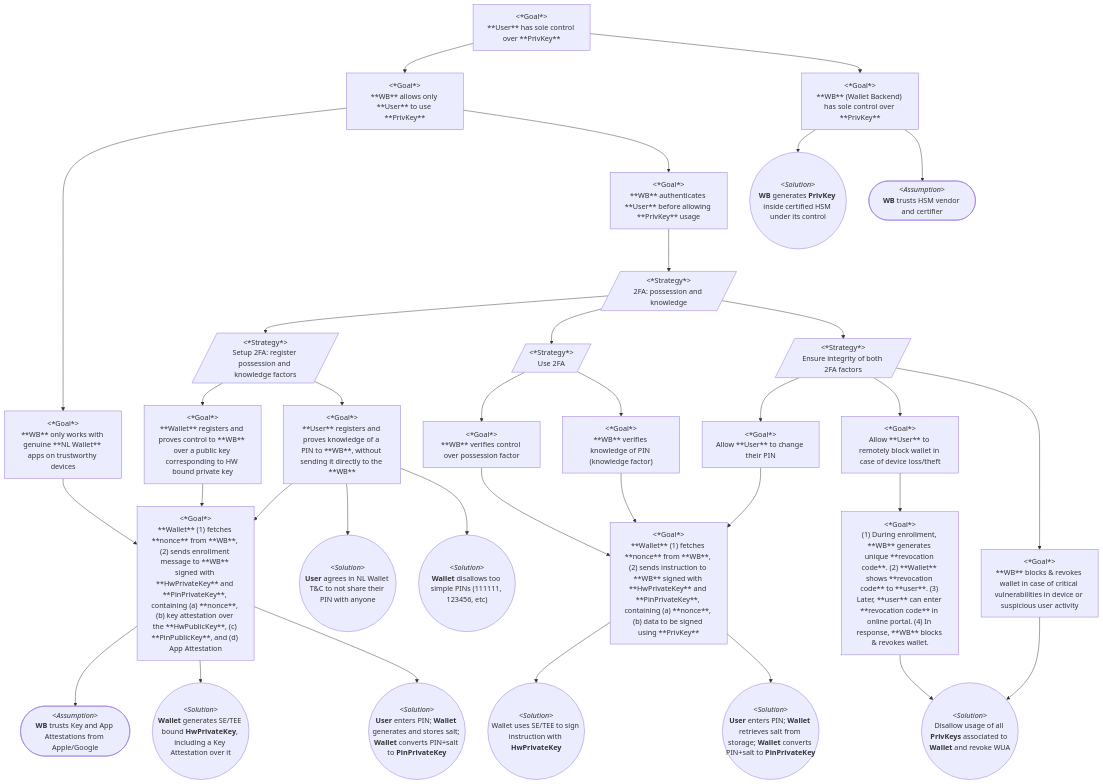
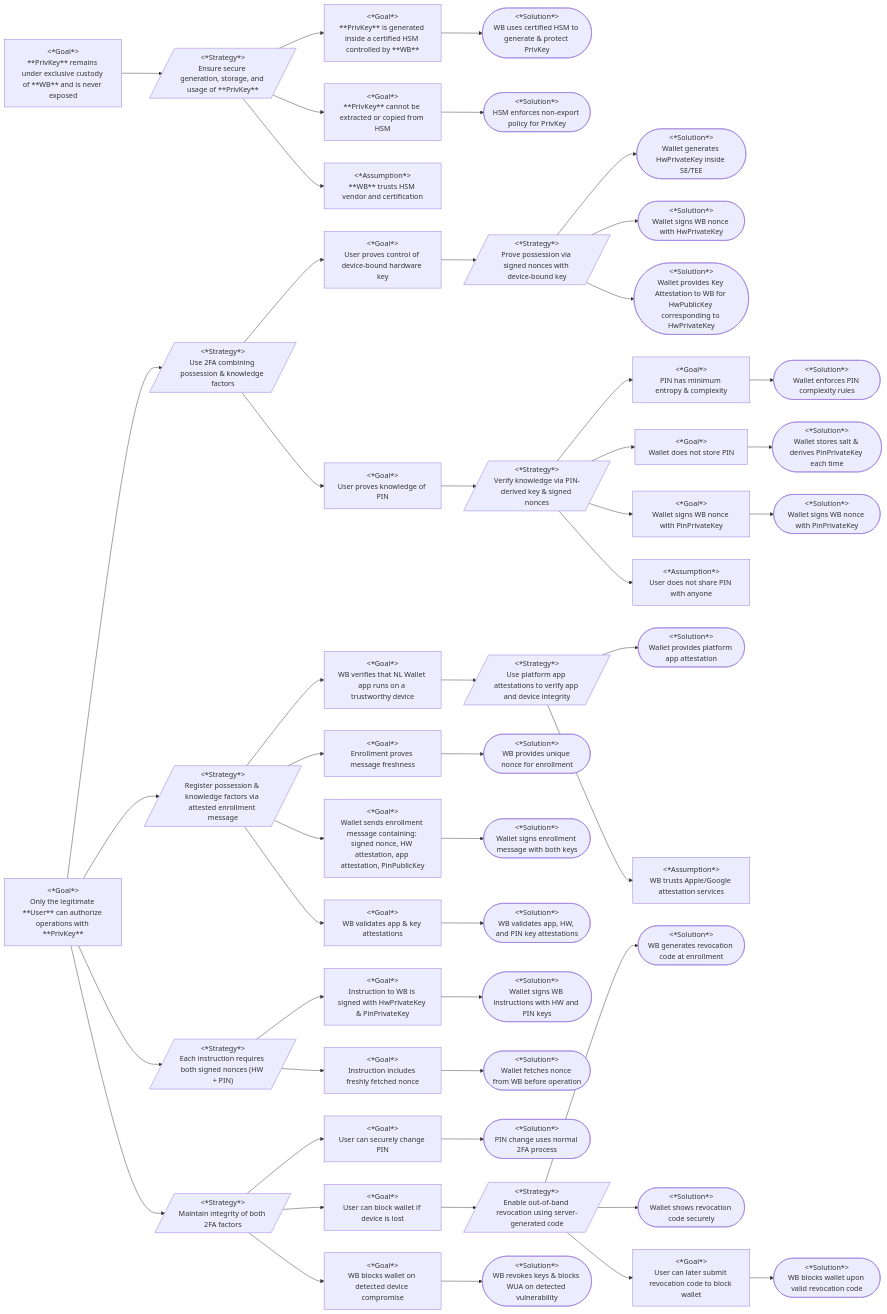
The diagram in wallet_docs/architecture/sole-control-gsn.md (MinBZK/nl-wallet), drawn with Mermaid before and after one commit.

Commit message:
Various improvements to sole control GSN

````diff
--- a/wallet_docs/architecture/sole-control-gsn.md
+++ b/wallet_docs/architecture/sole-control-gsn.md
@@ -1,93 +1,170 @@
 ```mermaid
-flowchart TD
-    SoleControl["&lt;*Goal*&gt;<br>**User** has sole control over **PrivKey**"]
-    
-    WBAllowsUserControl["&lt;*Goal*&gt;<br>**WB** allows only **User** to use **PrivKey**"]
-    SoleControl --> WBAllowsUserControl
-    
-    WBAllowsUserControl --> WBChecksDevice["&lt;*Goal*&gt;<br>**WB** only works with genuine **NL Wallet** apps on trustworthy devices"]
+flowchart LR
+ 
+%% =======================
+%% TOP-LEVEL SYSTEM GOALS
+%% =======================
+ 
+G_UserAuthorization["<*Goal*><br>Only the legitimate **User** can authorize operations with **PrivKey**"]
+G_KeyCustody["<*Goal*><br>**PrivKey** remains under exclusive custody of **WB** and is never exposed"]
+ 
+%% Link top-level
+G_UserAuthorization --> S_UserAuthorization
+G_KeyCustody --> S_KeyCustody
+ 
+%% =======================
+%% KEY CUSTODY ARGUMENT
+%% =======================
+ 
+S_KeyCustody[/"<*Strategy*><br>Ensure secure generation, storage, and usage of **PrivKey**"/]
+ 
+G_KeyGenHSM["<*Goal*><br>**PrivKey** is generated inside a certified HSM controlled by **WB**"]
+G_PrivKeyNonExport["<*Goal*><br>**PrivKey** cannot be extracted or copied from HSM"]
+G_TrustedHSMVendor["<*Assumption*><br>**WB** trusts HSM vendor and certification"]
+ 
+S_KeyCustody --> G_KeyGenHSM
+S_KeyCustody --> G_PrivKeyNonExport
+S_KeyCustody --> G_TrustedHSMVendor
+ 
+Sol_HSM(["<*Solution*><br>WB uses certified HSM to generate & protect PrivKey"])
+G_KeyGenHSM --> Sol_HSM
+ 
+Sol_HSM_NonExport(["<*Solution*><br>HSM enforces non-export policy for PrivKey"])
+G_PrivKeyNonExport --> Sol_HSM_NonExport
+ 
+%% =======================
+%% USER AUTHORIZATION
+%% =======================
+ 
+S_UserAuthorization[/"<*Strategy*><br>Use 2FA combining possession & knowledge factors"/]
+ 
+G_PossessionFactor["<*Goal*><br>User proves control of device-bound hardware key"]
+G_KnowledgeFactor["<*Goal*><br>User proves knowledge of PIN"]
+G_DeviceIntegrity["<*Goal*><br>WB verifies that NL Wallet app runs on a trustworthy device"]
+ 
+S_UserAuthorization --> G_PossessionFactor
+S_UserAuthorization --> G_KnowledgeFactor
+ 
+%% =======================
+%% DEVICE INTEGRITY
+%% =======================
+ 
+S_DeviceIntegrity[/"<*Strategy*><br>Use platform app attestations to verify app and device integrity"/]
+G_DeviceIntegrity --> S_DeviceIntegrity
+ 
+S_DeviceIntegrity --> Sol_AppAttest
+S_DeviceIntegrity --> A_AttestationTrust["<*Assumption*><br>WB trusts Apple/Google attestation services"]
 
-    WBAuthenticatesUser["&lt;*Goal*&gt;<br>**WB** authenticates **User** before allowing **PrivKey** usage"]
-    WBAllowsUserControl --> WBAuthenticatesUser
+Sol_AppAttest(["<*Solution*><br>Wallet provides platform app attestation"])
+ 
+ 
+%% =======================
+%% POSSESSION FACTOR
+%% =======================
+ 
+S_Possession[/"<*Strategy*><br>Prove possession via signed nonces with device-bound key"/]
+G_PossessionFactor --> S_Possession
+ 
+S_Possession --> Sol_HWKeyGeneration(["<*Solution*><br>Wallet generates HwPrivateKey inside SE/TEE"])
+S_Possession --> Sol_SignedNonce_HW(["<*Solution*><br>Wallet signs WB nonce with HwPrivateKey"])
+S_Possession --> Sol_KeyAttestation(["<*Solution*><br>Wallet provides Key Attestation to WB for HwPublicKey corresponding to HwPrivateKey"])
+ 
+%% =======================
+%% KNOWLEDGE FACTOR
+%% =======================
+ 
+S_PIN[/"<*Strategy*><br>Verify knowledge via PIN-derived key & signed nonces"/]
+G_KnowledgeFactor --> S_PIN
+ 
+G_PINStrength["<*Goal*><br>PIN has minimum entropy & complexity"]
+G_PINDerivation["<*Goal*><br>Wallet does not store PIN"]
+G_SignedNonce_PIN["<*Goal*><br>Wallet signs WB nonce with PinPrivateKey"]
 
-    UserAuthStrategy[/"&lt;*Strategy*&gt;<br>2FA: possession and knowledge"/]
-    WBAuthenticatesUser --> UserAuthStrategy
+S_PIN --> G_PINStrength
+S_PIN --> G_PINDerivation
+S_PIN --> G_SignedNonce_PIN
 
-    WBSoleControl["&lt;*Goal*&gt;<br>**WB** (Wallet Backend) has sole control over **PrivKey**"]
-    SoleControl --> WBSoleControl
+G_PINStrength --> Sol_PINComplexity(["<*Solution*><br>Wallet enforces PIN complexity rules"])
+G_PINDerivation --> Sol_PINKeyDerive(["<*Solution*><br>Wallet stores salt & derives PinPrivateKey each time"])
+G_SignedNonce_PIN --> Sol_SignPINNonce(["<*Solution*><br>Wallet signs WB nonce with PinPrivateKey"])
 
-    WBusesHSM@{shape: circle, label: "&lt;*Solution*&gt;<br>**WB** generates **PrivKey** inside certified HSM under its control"}
-    WBSoleControl --> WBusesHSM
-
-    TrustHSMCertififier@{shape: stadium, label: "&lt;*Assumption*&gt;<br>**WB** trusts HSM vendor and certifier"}
-    WBSoleControl --> TrustHSMCertififier
-
-    %%%%
-
-    Setup2FA[/"&lt;*Strategy*&gt;<br>Setup 2FA: register possession and knowledge factors"/]
-    UserAuthStrategy --> Setup2FA
-
-    SetupPossessionFactor["&lt;*Goal*&gt;<br>**Wallet** registers and proves control to **WB** over a public key corresponding to HW bound private key"]
-    Setup2FA --> SetupPossessionFactor
-
-    SetupKnowledgeFactor["&lt;*Goal*&gt;<br>**User** registers and proves knowledge of a PIN to **WB**, without sending it directly to the **WB**"]
-    Setup2FA --> SetupKnowledgeFactor
-
-    WalletSendsEnrollmentMessage["&lt;*Goal*&gt;<br>**Wallet** (1) fetches **nonce** from **WB**, (2) sends enrollment message to **WB** signed with **HwPrivateKey** and **PinPrivateKey**, containing (a) **nonce**, (b) key attestation over the **HwPublicKey**, (c) **PinPublicKey**, and (d) App Attestation"]
-    SetupPossessionFactor --> WalletSendsEnrollmentMessage
-    SetupKnowledgeFactor --> WalletSendsEnrollmentMessage
-    WBChecksDevice --> WalletSendsEnrollmentMessage
-
-    SetupKnowledgeFactor --> PINSecrecy@{shape: circle, label: "&lt;*Solution*&gt;<br>**User** agrees in NL Wallet T&C to not share their PIN with anyone"}
-    SetupKnowledgeFactor --> PINComplexity@{shape: circle, label: "&lt;*Solution*&gt;<br>**Wallet** disallows too simple PINs (111111, 123456, etc)"}
-    
-    WalletSendsEnrollmentMessage --> TrustAppleGoogle@{shape: stadium, label: "&lt;*Assumption*&gt;<br>**WB** trusts Key and App Attestations from Apple/Google"}
-    WalletSendsEnrollmentMessage --> KeyAttestation@{shape: circle, label: "&lt;*Solution*&gt;<br>**Wallet** generates SE/TEE bound **HwPrivateKey**, including a Key Attestation over it"}
-    WalletSendsEnrollmentMessage --> RegisterPINKey@{shape: circle, label: "&lt;*Solution*&gt;<br>**User** enters PIN; **Wallet** generates and stores salt; **Wallet** converts PIN+salt to **PinPrivateKey**"}
-
-    %%%%
-
-    Use2FA[/"&lt;*Strategy*&gt;<br>Use 2FA"/]
-    UserAuthStrategy --> Use2FA
-
-    UsePossessionFactor["&lt;*Goal*&gt;<br>**WB** verifies control over possession factor"]
-    Use2FA --> UsePossessionFactor
-
-    UseKnowledgeFactor["&lt;*Goal*&gt;<br>**WB** verifies knowledge of PIN (knowledge factor)"]
-    Use2FA --> UseKnowledgeFactor
-
-    WalletSendsInstruction["&lt;*Goal*&gt;<br>**Wallet** (1) fetches **nonce** from **WB**, (2) sends instruction to **WB** signed with **HwPrivateKey** and **PinPrivateKey**, containing (a) **nonce**, (b) data to be signed using **PrivKey**"]
-    UsePossessionFactor --> WalletSendsInstruction
-    UseKnowledgeFactor --> WalletSendsInstruction
-
-    UsePINKey@{shape: circle, label: "&lt;*Solution*&gt;<br>**User** enters PIN; **Wallet** retrieves salt from storage; **Wallet** converts PIN+salt to **PinPrivateKey**"}
-    SignWithHwKey@{shape: circle, label: "&lt;*Solution*&gt;<br>Wallet uses SE/TEE to sign instruction with **HwPrivateKey**"}
-    WalletSendsInstruction --> SignWithHwKey
-    WalletSendsInstruction --> UsePINKey
-
-    %%%%
-
-    Manage2FA[/"&lt;*Strategy*&gt;<br>Ensure integrity of both 2FA factors"/]
-    UserAuthStrategy --> Manage2FA
-    Manage2FA --> ChangePIN[&lt;*Goal*&gt;<br>Allow **User** to change their PIN]
-    ChangePIN --> WalletSendsInstruction
-    
-    BlockIfDeviceLost[&lt;*Goal*&gt;<br>Allow **User** to remotely block wallet in case of device loss/theft]
-    Manage2FA --> BlockIfDeviceLost
-
-    BlockIfDeviceLost --> BlockWithRevocationCode["&lt;*Goal*&gt;<br>(1) During enrollment, **WB** generates unique **revocation code**. (2) **Wallet** shows **revocation code** to **user**. (3) Later, **user** can enter **revocation code** in online portal. (4) In response, **WB** blocks & revokes wallet."]
-    
-    BlockIfDeviceVulnerable["&lt;*Goal*&gt;<br>**WB** blocks & revokes wallet in case of critical vulnerabilities in device or suspicious user activity"]
-    Manage2FA --> BlockIfDeviceVulnerable
-
-    BlockKeysAndWUA@{shape: circle, label: "&lt;*Solution*&gt;<br>Disallow usage of all **PrivKeys** associated to **Wallet** and revoke WUA"}
-    BlockIfDeviceVulnerable --> BlockKeysAndWUA
-    BlockWithRevocationCode --> BlockKeysAndWUA
-
-    %% Goal["&lt;*Goal*&gt;<br>"]
-    %% Strategy[/"&lt;*Strategy*&gt;<br>"/]
-    %% Context@{ shape: hex, label: "&lt;*Context*&gt;<br>" }
-    %% Solution@{shape: circle, label: "&lt;*Solution*&gt;<br>"}
-    %% Assumption@{shape: stadium, label: "&lt;*Assumption*&gt;<br>"}
-    %% Justification@{shape: stadium, label: "&lt;*Justification*&gt;<br>"}
+A_UserKeepsPINSecret["<*Assumption*><br>User does not share PIN with anyone"]
+S_PIN --> A_UserKeepsPINSecret
+ 
+%% =======================
+%% 2FA ENROLLMENT
+%% =======================
+ 
+S_Enrollment[/"<*Strategy*><br>Register possession & knowledge factors via attested enrollment message"/]
+ 
+G_UserAuthorization --> S_Enrollment
+ 
+G_NonceFreshness["<*Goal*><br>Enrollment proves message freshness"]
+G_EnrollmentMessage["<*Goal*><br>Wallet sends enrollment message containing: signed nonce, HW attestation, app attestation, PinPublicKey"]
+G_AttestationValidity["<*Goal*><br>WB validates app & key attestations"]
+ 
+S_Enrollment --> G_DeviceIntegrity
+S_Enrollment --> G_NonceFreshness
+S_Enrollment --> G_EnrollmentMessage
+S_Enrollment --> G_AttestationValidity
+ 
+Sol_Nonce(["<*Solution*><br>WB provides unique nonce for enrollment"])
+G_NonceFreshness --> Sol_Nonce
+ 
+Sol_EnrollMsg(["<*Solution*><br>Wallet signs enrollment message with both keys"])
+G_EnrollmentMessage --> Sol_EnrollMsg
+ 
+Sol_ValidateAttest(["<*Solution*><br>WB validates app, HW, and PIN key attestations"])
+G_AttestationValidity --> Sol_ValidateAttest
+ 
+%% =======================
+%% 2FA USAGE
+%% =======================
+ 
+S_Use2FA[/"<*Strategy*><br>Each instruction requires both signed nonces (HW + PIN)"/]
+G_UserAuthorization --> S_Use2FA
+ 
+G_InstructionSigned["<*Goal*><br>Instruction to WB is signed with HwPrivateKey & PinPrivateKey"]
+G_InstructionFresh["<*Goal*><br>Instruction includes freshly fetched nonce"]
+S_Use2FA --> G_InstructionSigned
+S_Use2FA --> G_InstructionFresh
+ 
+Sol_SignInstruction(["<*Solution*><br>Wallet signs WB instructions with HW and PIN keys"])
+Sol_GetNonce(["<*Solution*><br>Wallet fetches nonce from WB before operation"])
+ 
+G_InstructionSigned --> Sol_SignInstruction
+G_InstructionFresh --> Sol_GetNonce
+ 
+%% =======================
+%% FACTOR MANAGEMENT
+%% =======================
+ 
+S_Manage2FA[/"<*Strategy*><br>Maintain integrity of both 2FA factors"/]
+G_UserAuthorization --> S_Manage2FA
+ 
+G_ChangePIN["<*Goal*><br>User can securely change PIN"]
+G_BlockDeviceLost["<*Goal*><br>User can block wallet if device is lost"]
+G_BlockVulnerableDevice["<*Goal*><br>WB blocks wallet on detected device compromise"]
+ 
+S_Manage2FA --> G_ChangePIN
+S_Manage2FA --> G_BlockDeviceLost
+S_Manage2FA --> G_BlockVulnerableDevice
+ 
+Sol_PINChange(["<*Solution*><br>PIN change uses normal 2FA process"])
+G_ChangePIN --> Sol_PINChange
+ 
+%% Revocation code
+S_Revocation[/"<*Strategy*><br>Enable out-of-band revocation using server-generated code"/]
+G_BlockDeviceLost --> S_Revocation
+ 
+G_RevCodeUse["<*Goal*><br>User can later submit revocation code to block wallet"]
+ 
+S_Revocation --> Sol_CodeGen(["<*Solution*><br>WB generates revocation code at enrollment"])
+S_Revocation --> Sol_CodeDisplay(["<*Solution*><br>Wallet shows revocation code securely"])
+S_Revocation --> G_RevCodeUse 
+G_RevCodeUse --> Sol_CodeBlock(["<*Solution*><br>WB blocks wallet upon valid revocation code"])
+ 
+%% Device-vulnerability blocking
+Sol_BlockVulnerable(["<*Solution*><br>WB revokes keys & blocks WUA on detected vulnerability"])
+G_BlockVulnerableDevice --> Sol_BlockVulnerable
 ```
````
